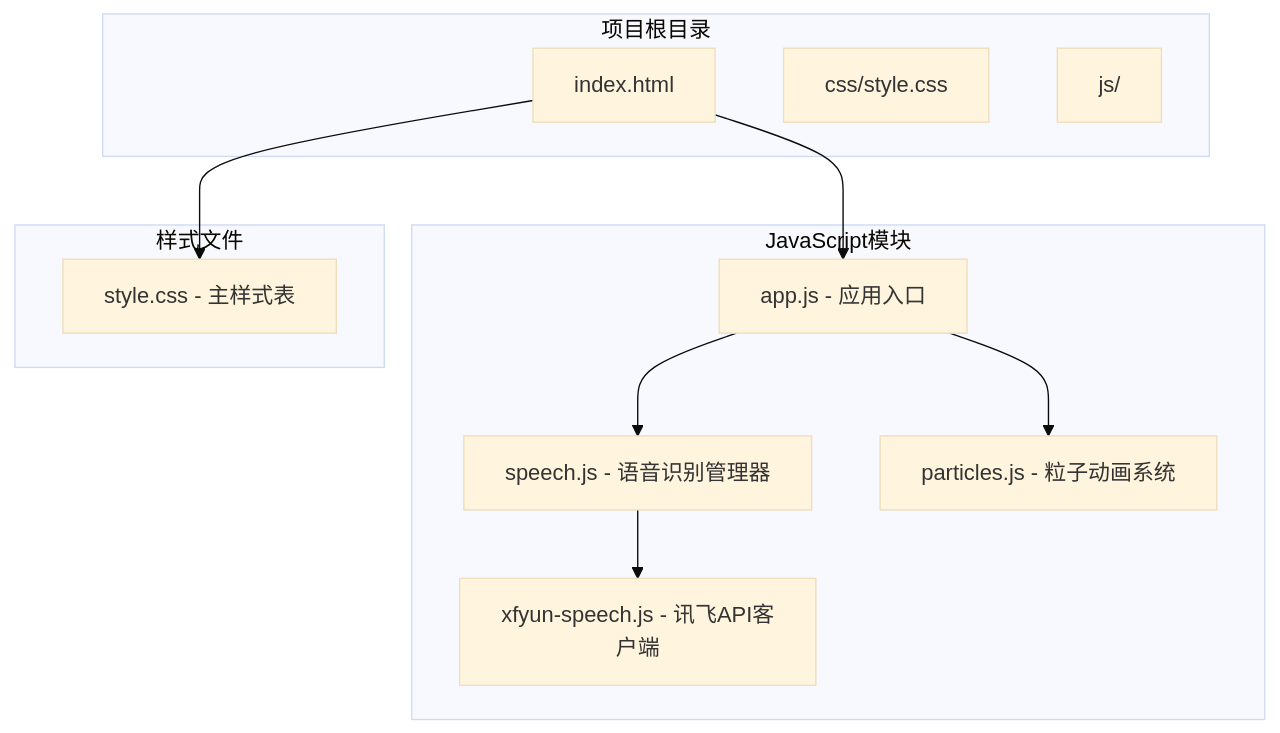
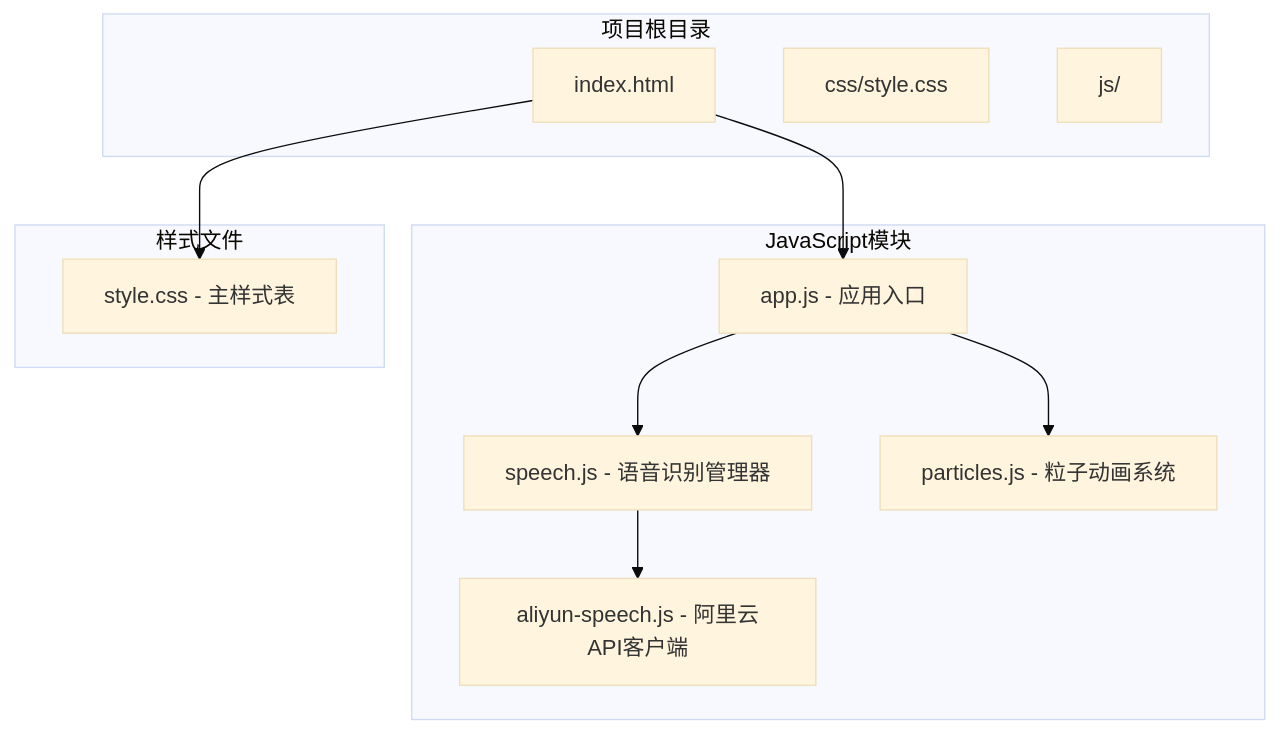
The first of 10 diagrams in .qoder/repowiki/zh/content/语音识别模块详解/语音识别模块详解.md (db300/MySpeechRecognition), drawn with Mermaid (base theme) before and after one commit. The commit also changed other lines of this file and 26 other files, not shown here.

````diff
--- a/.qoder/repowiki/zh/content/语音识别模块详解/语音识别模块详解.md
+++ b/.qoder/repowiki/zh/content/语音识别模块详解/语音识别模块详解.md
@@ -36,22 +46,22 @@
 ```mermaid
 graph TB
 subgraph "项目根目录"
 HTML[index.html]
 CSS[css/style.css]
 JS[js/]
 end
 subgraph "JavaScript模块"
 APP[app.js - 应用入口]
 SPEECH[speech.js - 语音识别管理器]
-XFYUN[xfyun-speech.js - 讯飞API客户端]
+ALIYUN[aliyun-speech.js - 阿里云API客户端]
 PARTICLES[particles.js - 粒子动画系统]
 end
 subgraph "样式文件"
 STYLE[style.css - 主样式表]
 end
 HTML --> APP
 APP --> SPEECH
 APP --> PARTICLES
-SPEECH --> XFYUN
+SPEECH --> ALIYUN
 HTML --> STYLE
 ```
````
